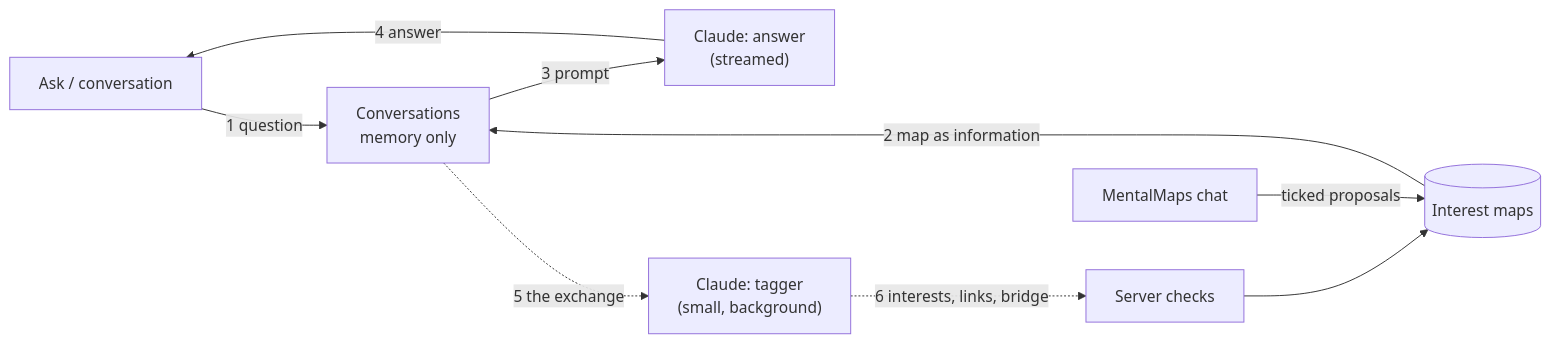
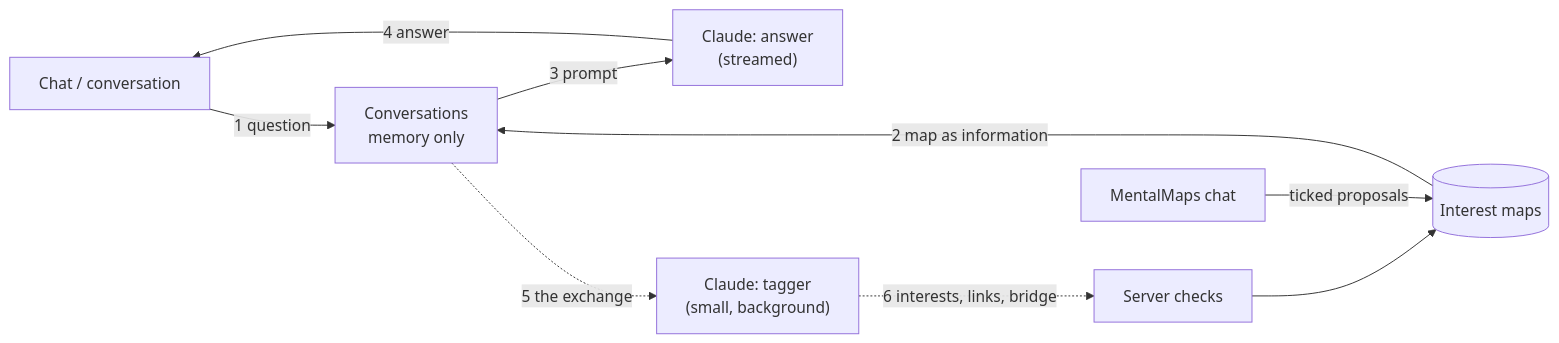
Before and after one commit to torenunez/lerni: the second of 2 diagrams in docs/ARCHITECTURE.md, drawn with Mermaid. The commit also changed other lines of this file and 10 other files, not shown here.

````diff
--- a/docs/ARCHITECTURE.md
+++ b/docs/ARCHITECTURE.md
@@ -36,10 +36,10 @@
 ```mermaid
 flowchart LR
-    screen["Ask / conversation"] -- "1 question" --> convo["Conversations<br/>memory only"]
+    screen["Chat / conversation"] -- "1 question" --> convo["Conversations<br/>memory only"]
     maps[("Interest maps")] -- "2 map as information" --> convo
     convo -- "3 prompt" --> claude["Claude: answer<br/>(streamed)"]
     claude -- "4 answer" --> screen
     convo -. "5 the exchange" .-> tagger["Claude: tagger<br/>(small, background)"]
     tagger -. "6 interests, links, bridge" .-> check["Server checks"] --> maps
     edev["MentalMaps chat"] -- "ticked proposals" --> maps
 ```
````
